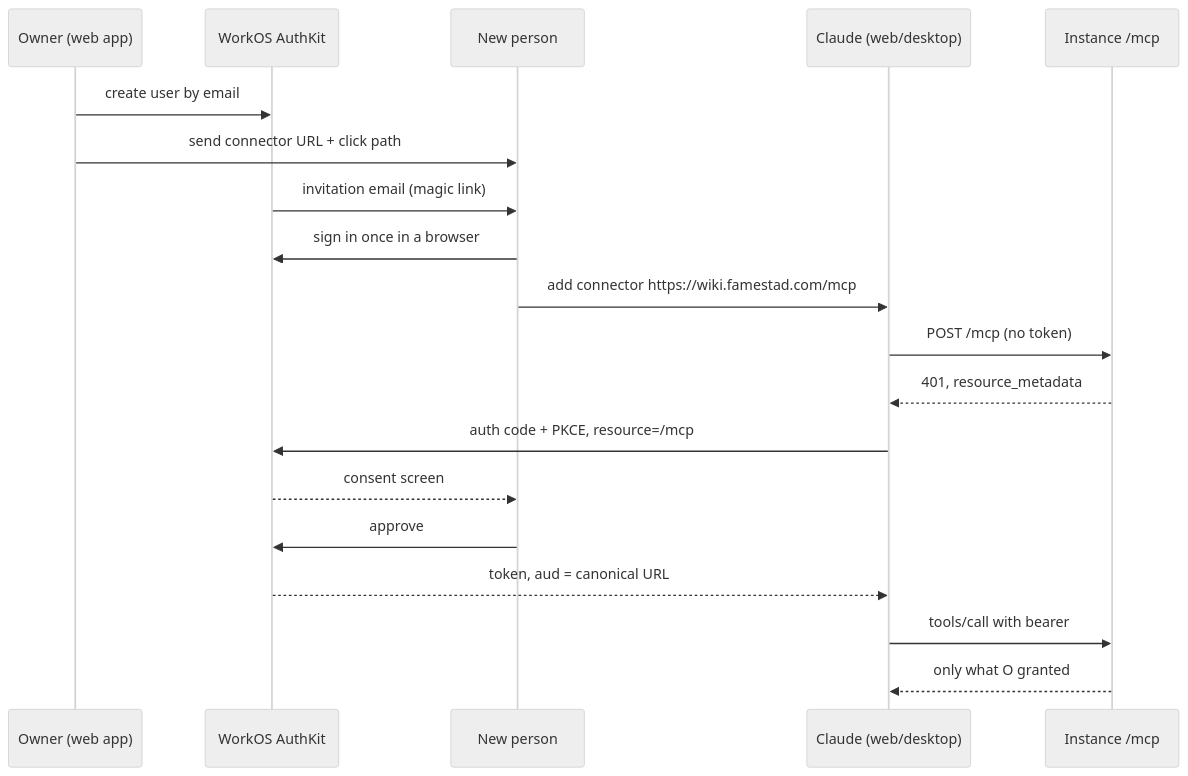
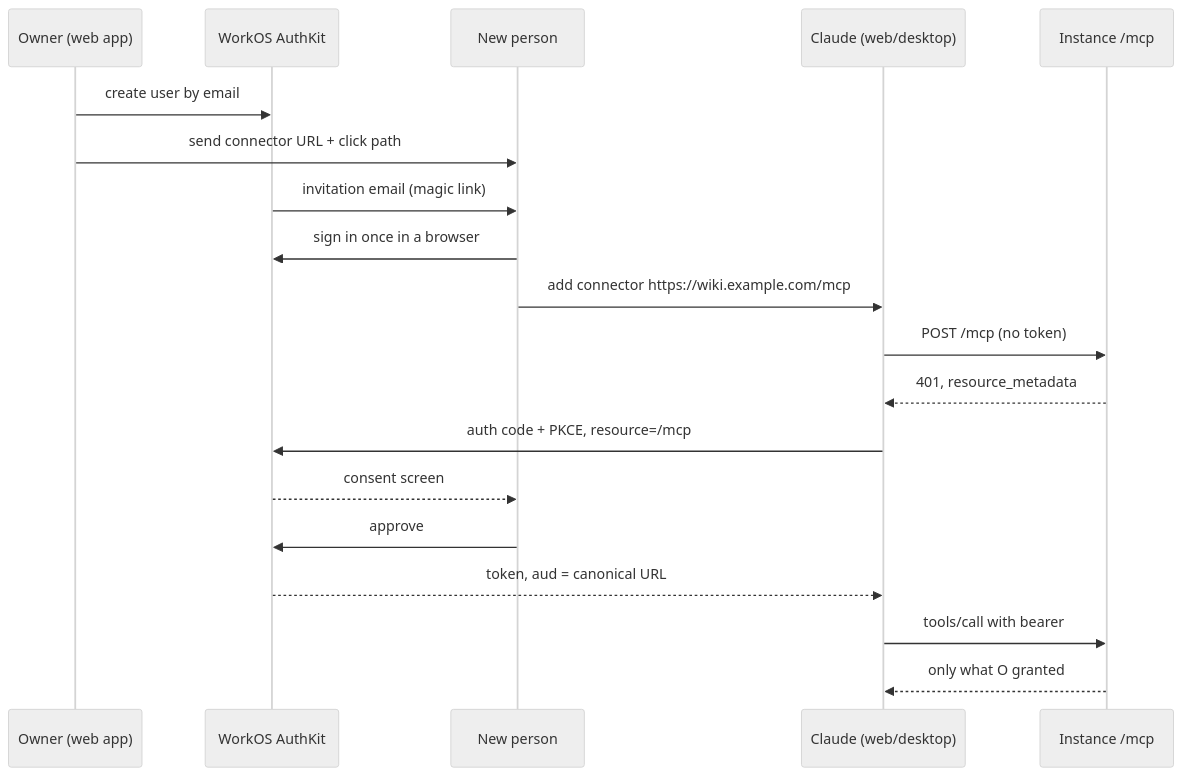
The first of 2 diagrams in docs/PRD.md (jfamestad/s3condbrain), drawn with Mermaid (neutral theme) before and after one commit. The commit also changed other lines of this file and 18 other files, not shown here.

````diff
--- a/docs/PRD.md
+++ b/docs/PRD.md
@@ -140,21 +140,21 @@
 ```mermaid
 sequenceDiagram
     participant O as Owner (web app)
     participant W as WorkOS AuthKit
     participant P as New person
     participant C as Claude (web/desktop)
     participant S as Instance /mcp
     O->>W: create user by email
     O->>P: send connector URL + click path
     W->>P: invitation email (magic link)
     P->>W: sign in once in a browser
-    P->>C: add connector https://wiki.famestad.com/mcp
+    P->>C: add connector https://wiki.example.com/mcp
     C->>S: POST /mcp (no token)
     S-->>C: 401, resource_metadata
     C->>W: auth code + PKCE, resource=/mcp
     W-->>P: consent screen
     P->>W: approve
     W-->>C: token, aud = canonical URL
     C->>S: tools/call with bearer
     S-->>C: only what O granted
 ```
````
